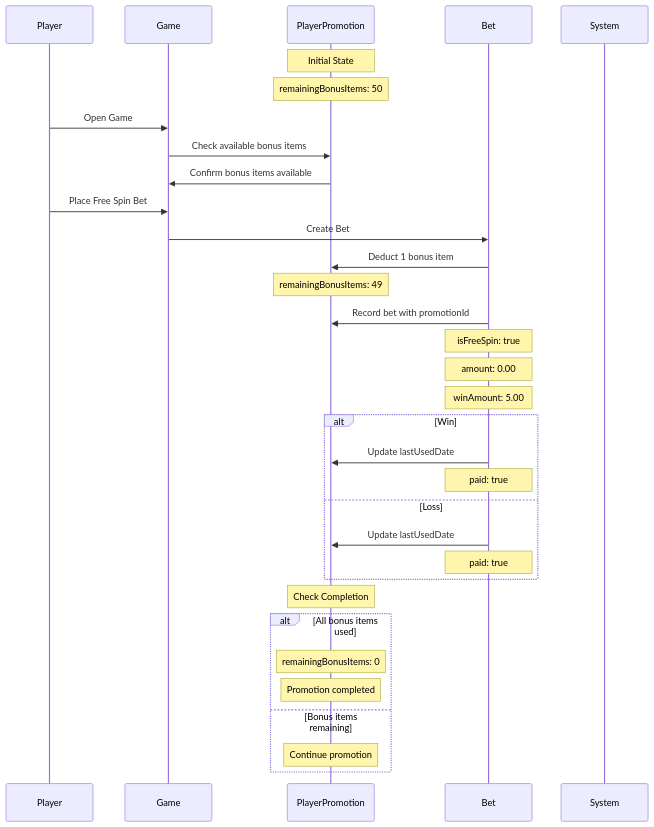
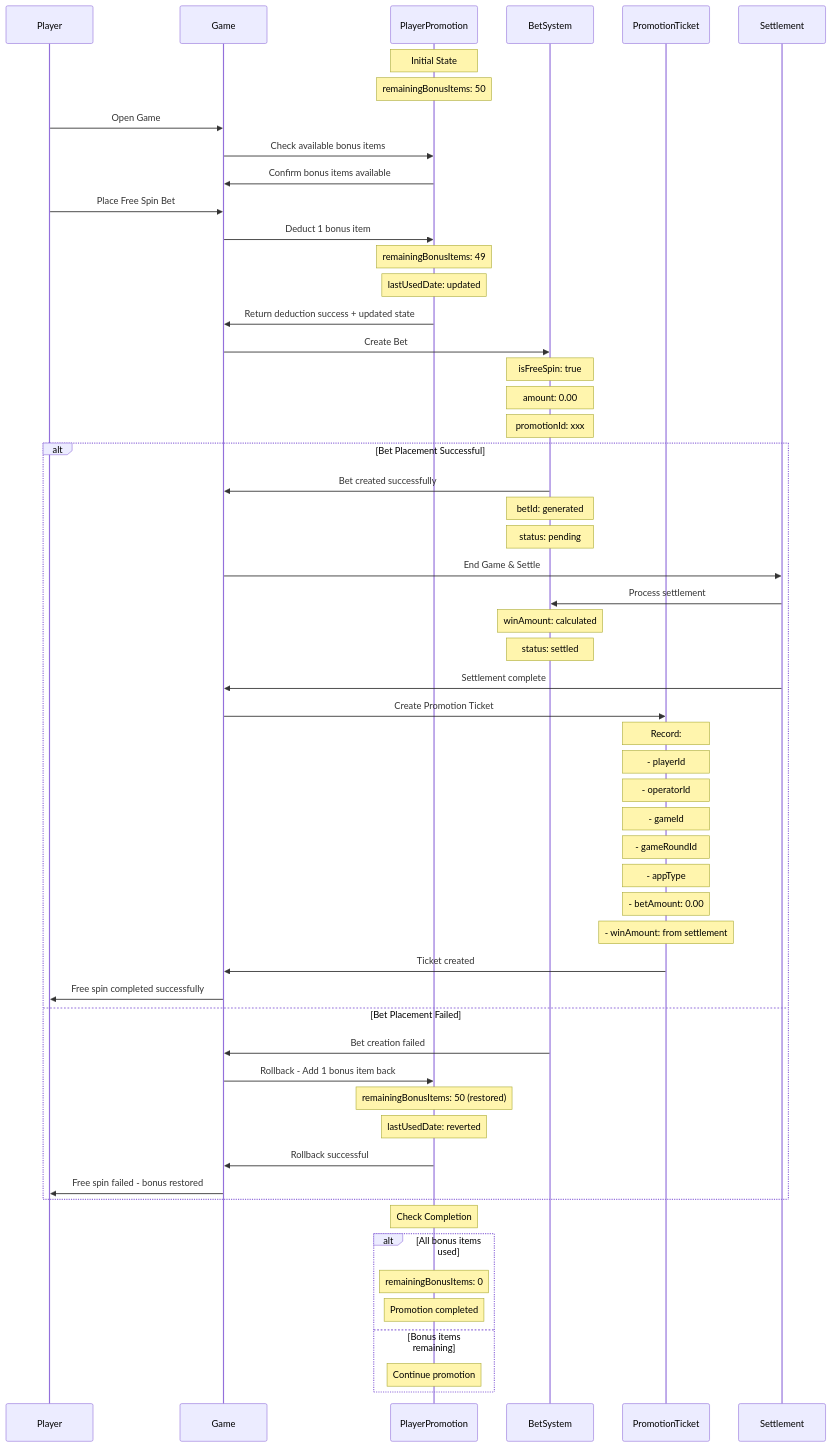
The second of 5 diagrams in diagrams/data-models/FreeSpinFlow.md (starixvn/l1_backend-services_game-promotion-api), drawn with Mermaid before and after one commit. The commit also changed other lines of this file and 14 other files, not shown here.

Commit message:
feat: add new apis insert promotion ticket and rollback deduction

````diff
--- a/diagrams/data-models/FreeSpinFlow.md
+++ b/diagrams/data-models/FreeSpinFlow.md
@@ -51,40 +51,76 @@
 ```mermaid
 sequenceDiagram
     participant Player
     participant Game
     participant PP as PlayerPromotion
-    participant B as Bet
-    participant S as System
+    participant B as BetSystem
+    participant PT as PromotionTicket
+    participant S as Settlement
 
     Note over PP: Initial State
     Note over PP: remainingBonusItems: 50
 
     Player->>Game: Open Game
     Game->>PP: Check available bonus items
     PP->>Game: Confirm bonus items available
-    
+
     Player->>Game: Place Free Spin Bet
+
+    %% Step 1: Deduct free spin BEFORE placing bet
+    Game->>PP: Deduct 1 bonus item
+    Note over PP: remainingBonusItems: 49
+    Note over PP: lastUsedDate: updated
+    PP->>Game: Return deduction success + updated state
+
+    %% Step 2: Attempt to place bet
     Game->>B: Create Bet
-    B->>PP: Deduct 1 bonus item
-    Note over PP: remainingBonusItems: 49
-    B->>PP: Record bet with promotionId
     Note over B: isFreeSpin: true
     Note over B: amount: 0.00
-    Note over B: winAmount: 5.00
+    Note over B: promotionId: xxx
 
-    alt Win
-        B->>PP: Update lastUsedDate
-        Note over B: paid: true
-    else Loss
-        B->>PP: Update lastUsedDate
-        Note over B: paid: true
+    alt Bet Placement Successful
+        B->>Game: Bet created successfully
+        Note over B: betId: generated
+        Note over B: status: pending
+
+        %% Step 3: End game and settle
+        Game->>S: End Game & Settle
+        S->>B: Process settlement
+        Note over B: winAmount: calculated
+        Note over B: status: settled
+        S->>Game: Settlement complete
+
+        %% Step 4: Create promotion ticket (regardless of win/loss)
+        Game->>PT: Create Promotion Ticket
+        Note over PT: Record:
+        Note over PT: - playerId
+        Note over PT: - operatorId
+        Note over PT: - gameId
+        Note over PT: - gameRoundId
+        Note over PT: - appType
+        Note over PT: - betAmount: 0.00
+        Note over PT: - winAmount: from settlement
+        PT->>Game: Ticket created
+
+        Game->>Player: Free spin completed successfully
+
+    else Bet Placement Failed
+        B->>Game: Bet creation failed
+
+        %% Step 2b: Rollback deduction
+        Game->>PP: Rollback - Add 1 bonus item back
+        Note over PP: remainingBonusItems: 50 (restored)
+        Note over PP: lastUsedDate: reverted
+        PP->>Game: Rollback successful
+
+        Game->>Player: Free spin failed - bonus restored
     end
 
     Note over PP: Check Completion
     alt All bonus items used
         Note over PP: remainingBonusItems: 0
         Note over PP: Promotion completed
     else Bonus items remaining
         Note over PP: Continue promotion
     end
 ```
````
